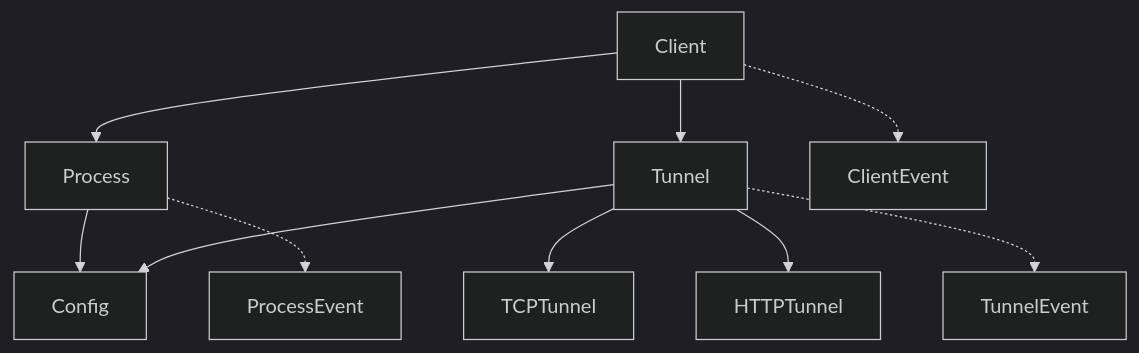
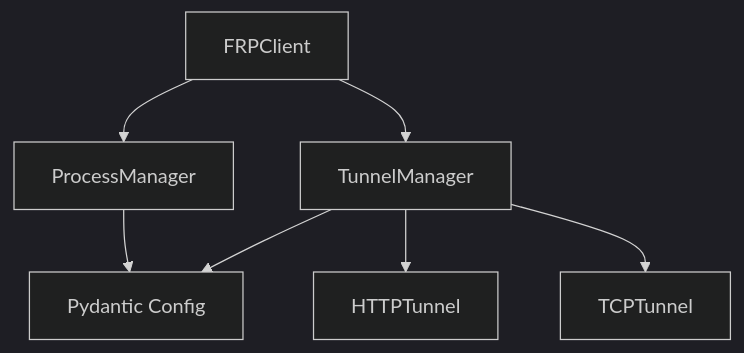
Before and after one commit to cagojeiger/cli-frp: the diagram in docs/architecture/domain-model.md, drawn with Mermaid (dark theme). The commit also changed other lines of this file and 28 other files, not shown here.

````diff
--- a/docs/architecture/domain-model.md
+++ b/docs/architecture/domain-model.md
@@ -7,13 +7,9 @@
 ```mermaid
 graph TD
-    Client[Client] --> Process[Process]
-    Client --> Tunnel[Tunnel]
-    Tunnel --> TCPTunnel[TCPTunnel]
-    Tunnel --> HTTPTunnel[HTTPTunnel]
-    Process --> Config[Config]
-    Tunnel --> Config
-    
-    Client -.-> ClientEvent[ClientEvent]
-    Process -.-> ProcessEvent[ProcessEvent]
-    Tunnel -.-> TunnelEvent[TunnelEvent]
+    Client[FRPClient] --> ProcessManager[ProcessManager]
+    Client --> TunnelManager[TunnelManager]
+    TunnelManager --> HTTPTunnel[HTTPTunnel]
+    TunnelManager --> TCPTunnel[TCPTunnel]
+    ProcessManager --> Config[Pydantic Config]
+    TunnelManager --> Config
 ```
````
